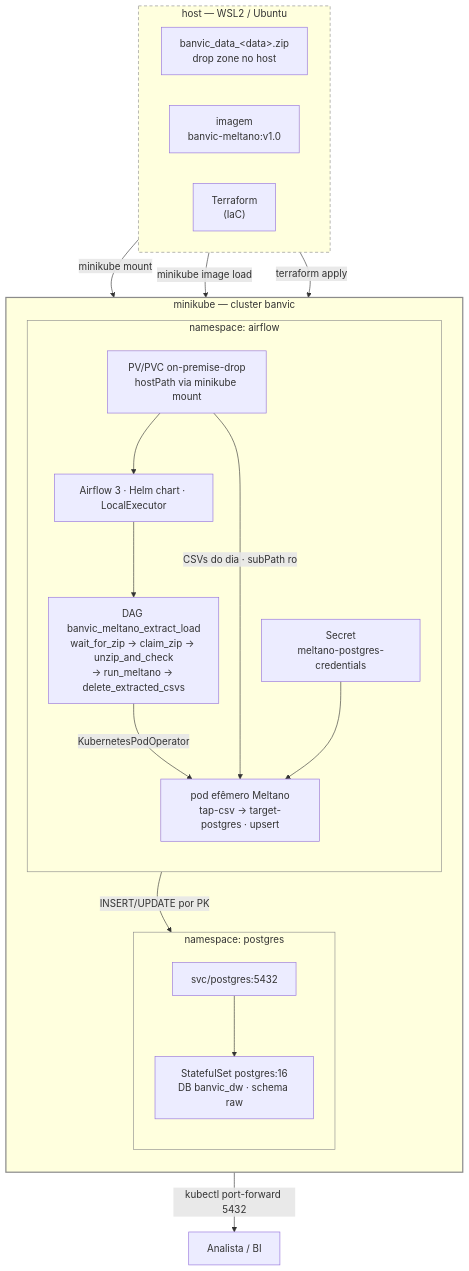
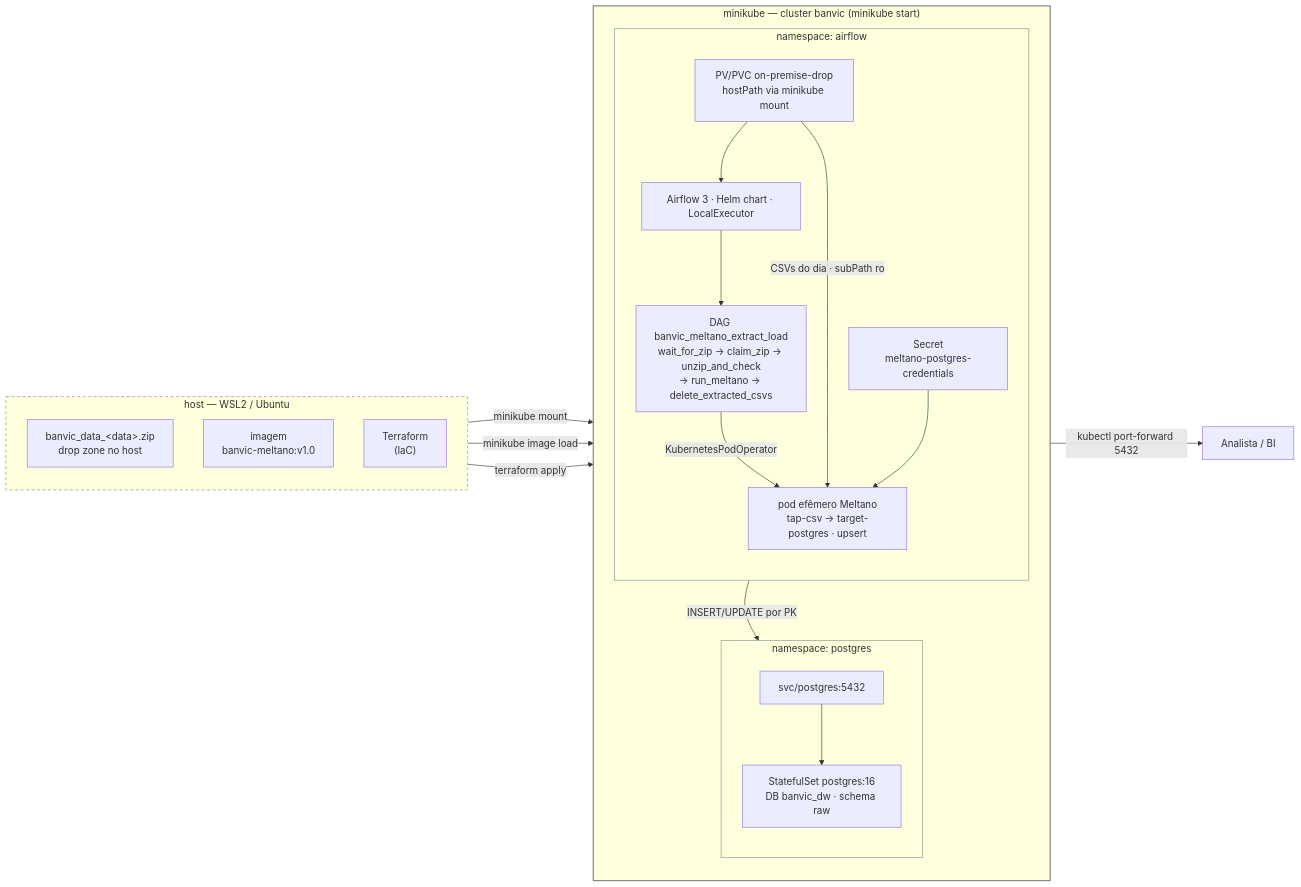
The diagram in README.md (Vinon-F/data_engineer_banvic), drawn with Mermaid before and after one commit.

Commit message:
Fix mermaid architecture

````diff
--- a/README.md
+++ b/README.md
@@ -11,50 +11,48 @@
 ```mermaid
-flowchart TD
+flowchart LR
     subgraph HOST["host — WSL2 / Ubuntu"]
-        direction LR
+        direction TB
         ZIP["banvic_data_&lt;data&gt;.zip<br/>drop zone no host"]
         IMG["imagem<br/>banvic-meltano:v1.0"]
         TF["Terraform<br/>(IaC)"]
     end
 
-    subgraph MK["minikube — cluster banvic"]
+    subgraph MK["minikube — cluster banvic (minikube start)"]
         direction TB
 
         subgraph NSA["namespace: airflow"]
             direction TB
             PVC["PV/PVC on-premise-drop<br/>hostPath via minikube mount"]
             AF["Airflow 3 · Helm chart · LocalExecutor"]
             DAG["DAG banvic_meltano_extract_load<br/>wait_for_zip → claim_zip → unzip_and_check<br/>→ run_meltano → delete_extracted_csvs"]
             SEC["Secret<br/>meltano-postgres-credentials"]
             MELT["pod efêmero Meltano<br/>tap-csv → target-postgres · upsert"]
         end
 
         subgraph NSP["namespace: postgres"]
             direction TB
             SVC["svc/postgres:5432"]
             PG["StatefulSet postgres:16<br/>DB banvic_dw · schema raw"]
         end
 
         NSA ~~~ NSP
     end
 
     ANALISTA["Analista / BI"]
 
-    HOST ~~~ MK
-
     TF -->|terraform apply| MK
     ZIP -->|minikube mount| PVC
     IMG -->|minikube image load| MELT
 
     PVC --> AF --> DAG
     DAG -->|KubernetesPodOperator| MELT
     PVC -->|CSVs do dia · subPath ro| MELT
     SEC --> MELT
     MELT -->|INSERT/UPDATE por PK| SVC --> PG
     PG -->|kubectl port-forward 5432| ANALISTA
 
     style HOST stroke:#8b8b8b,stroke-width:1px,stroke-dasharray:5 4
     style MK stroke:#8b8b8b,stroke-width:2px
     style NSA stroke:#8b8b8b,stroke-width:1px
     style NSP stroke:#8b8b8b,stroke-width:1px
 ```
````
